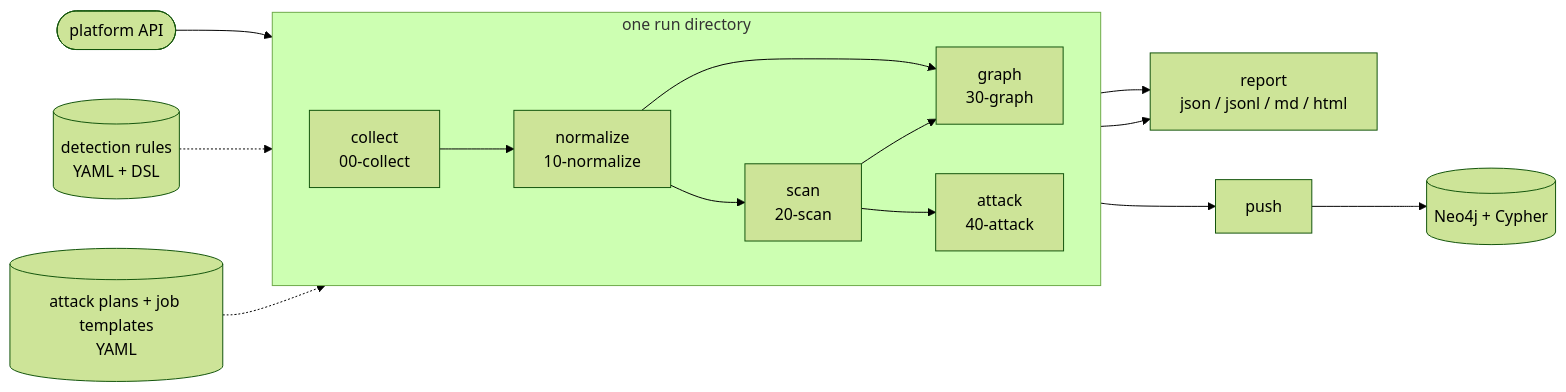
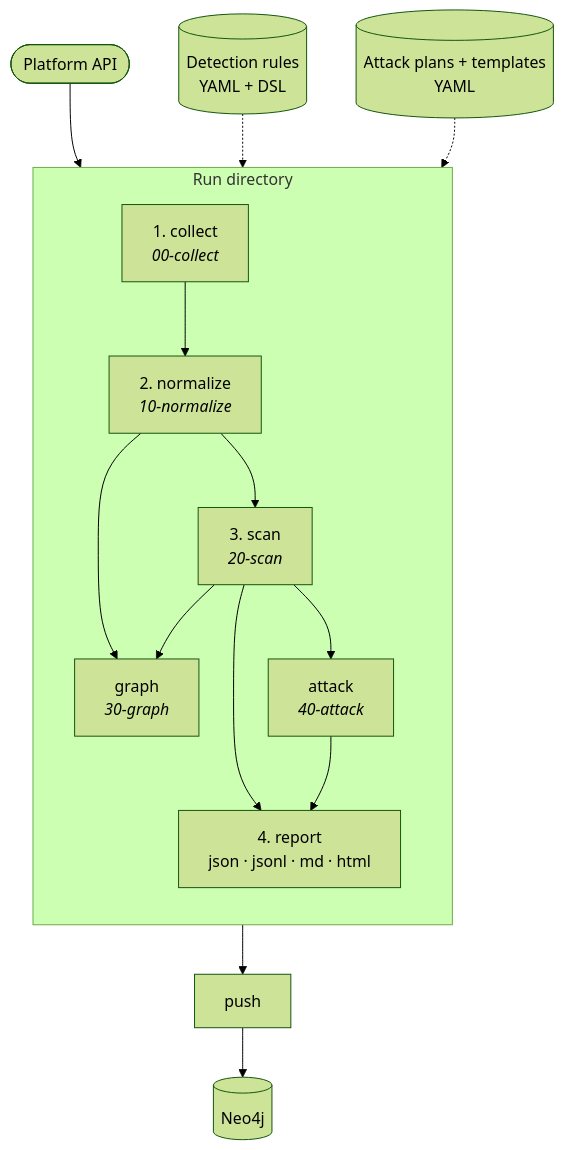
The diagram in README.md (praetorian-inc/trajan), drawn with Mermaid (forest theme) before and after one commit. The commit also changed other lines of this file and 1 other file, not shown here.

````diff
--- a/README.md
+++ b/README.md
@@ -132,14 +196,20 @@
 ```mermaid
-flowchart LR
-  subgraph rundir["one run directory"]
-    direction LR
-    C[collect<br/>00-collect] --> N[normalize<br/>10-normalize] --> S[scan<br/>20-scan]
-    N & S --> G[graph<br/>30-graph]
-    S --> A[attack<br/>40-attack]
+flowchart TB
+  API([Platform API]) --> Collect
+
+  subgraph pipeline["Run directory"]
+    direction TB
+    Collect["1. collect<br/><i>00-collect</i>"] --> Normalize["2. normalize<br/><i>10-normalize</i>"]
+    Normalize --> Scan["3. scan<br/><i>20-scan</i>"]
+    Scan --> Report["4. report<br/>json · jsonl · md · html"]
+
+    Normalize --> Graph["graph<br/><i>30-graph</i>"]
+    Scan --> Graph
+    Scan --> Attack["attack<br/><i>40-attack</i>"]
+    Attack --> Report
   end
-  API([platform API]) --> C
-  R[(detection rules<br/>YAML + DSL)] -.-> S
-  P[(attack plans + job templates<br/>YAML)] -.-> A
-  S & A --> RPT[report<br/>json / jsonl / md / html]
-  G --> PU[push] --> DB[(Neo4j + Cypher)]
+
+  Rules[(Detection rules<br/>YAML + DSL)] -.-> Scan
+  Plans[(Attack plans + templates<br/>YAML)] -.-> Attack
+  Graph --> Push[push] --> Neo4j[(Neo4j)]
 ```
````
